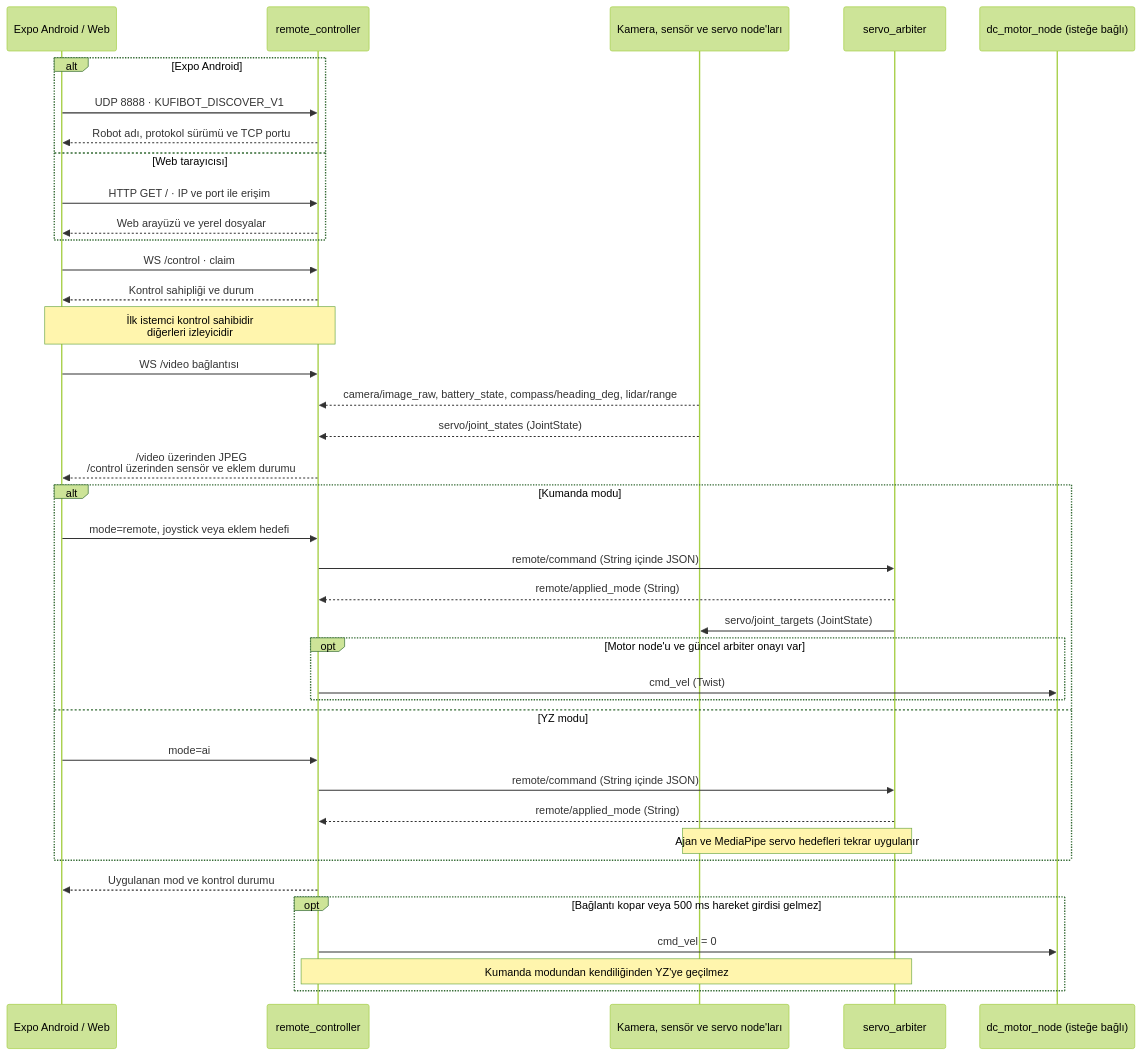
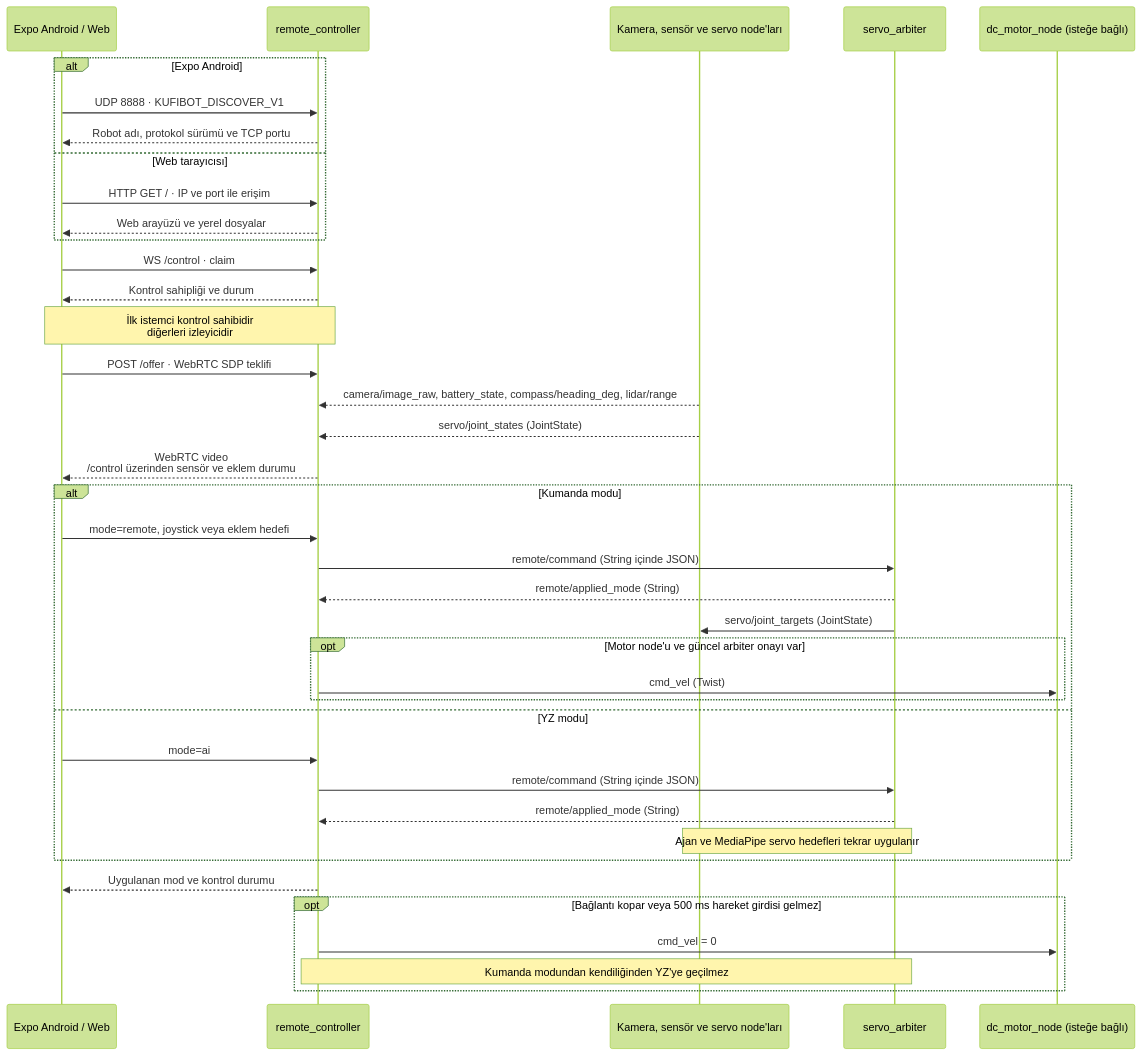
The third of 3 diagrams in README.md (electronicengine/kufibot.ros2), drawn with Mermaid (forest theme) before and after one commit. The commit also changed other lines of this file and 77 other files, not shown here.

````diff
--- a/README.md
+++ b/README.md
@@ -271,43 +309,43 @@
 ```mermaid
 sequenceDiagram
     participant U as Expo Android / Web
     participant R as remote_controller
     participant N as Kamera, sensör ve servo node'ları
     participant A as servo_arbiter
     participant D as dc_motor_node (isteğe bağlı)
 
     alt Expo Android
         U->>R: UDP 8888 · KUFIBOT_DISCOVER_V1
         R-->>U: Robot adı, protokol sürümü ve TCP portu
     else Web tarayıcısı
         U->>R: HTTP GET / · IP ve port ile erişim
         R-->>U: Web arayüzü ve yerel dosyalar
     end
     U->>R: WS /control · claim
     R-->>U: Kontrol sahipliği ve durum
     Note over U,R: İlk istemci kontrol sahibidir<br/>diğerleri izleyicidir
-    U->>R: WS /video bağlantısı
+    U->>R: POST /offer · WebRTC SDP teklifi
     N-->>R: camera/image_raw, battery_state, compass/heading_deg, lidar/range
     N-->>R: servo/joint_states (JointState)
-    R-->>U: /video üzerinden JPEG<br/>/control üzerinden sensör ve eklem durumu
+    R-->>U: WebRTC video<br/>/control üzerinden sensör ve eklem durumu
 
     alt Kumanda modu
         U->>R: mode=remote, joystick veya eklem hedefi
         R->>A: remote/command (String içinde JSON)
         A-->>R: remote/applied_mode (String)
         A->>N: servo/joint_targets (JointState)
         opt Motor node'u ve güncel arbiter onayı var
             R->>D: cmd_vel (Twist)
         end
     else YZ modu
         U->>R: mode=ai
         R->>A: remote/command (String içinde JSON)
         A-->>R: remote/applied_mode (String)
         Note over N,A: Ajan ve MediaPipe servo hedefleri tekrar uygulanır
     end
     R-->>U: Uygulanan mod ve kontrol durumu
     opt Bağlantı kopar veya 500 ms hareket girdisi gelmez
         R->>D: cmd_vel = 0
         Note over R,A: Kumanda modundan kendiliğinden YZ'ye geçilmez
     end
 ```
````
